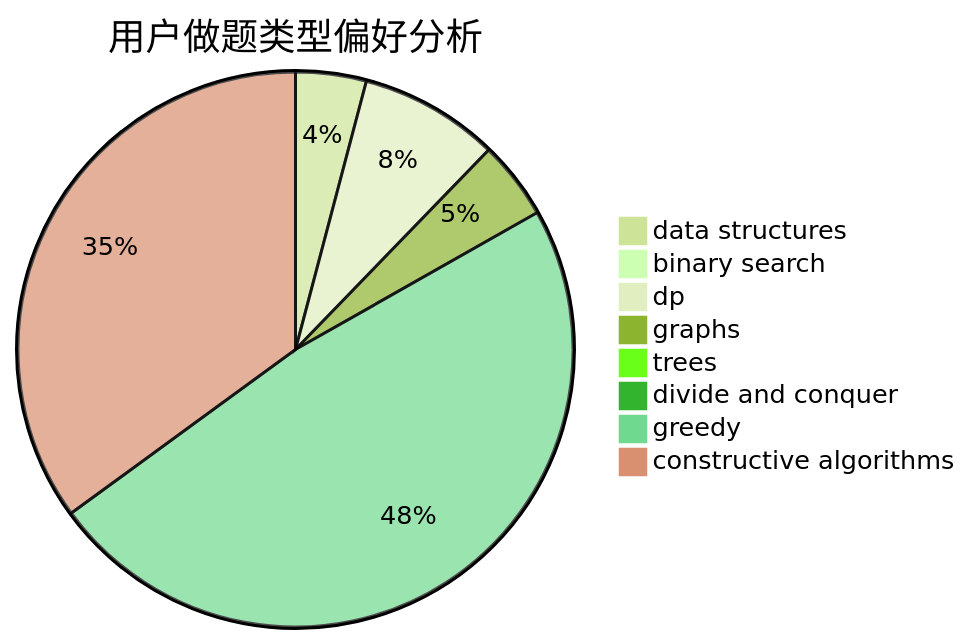
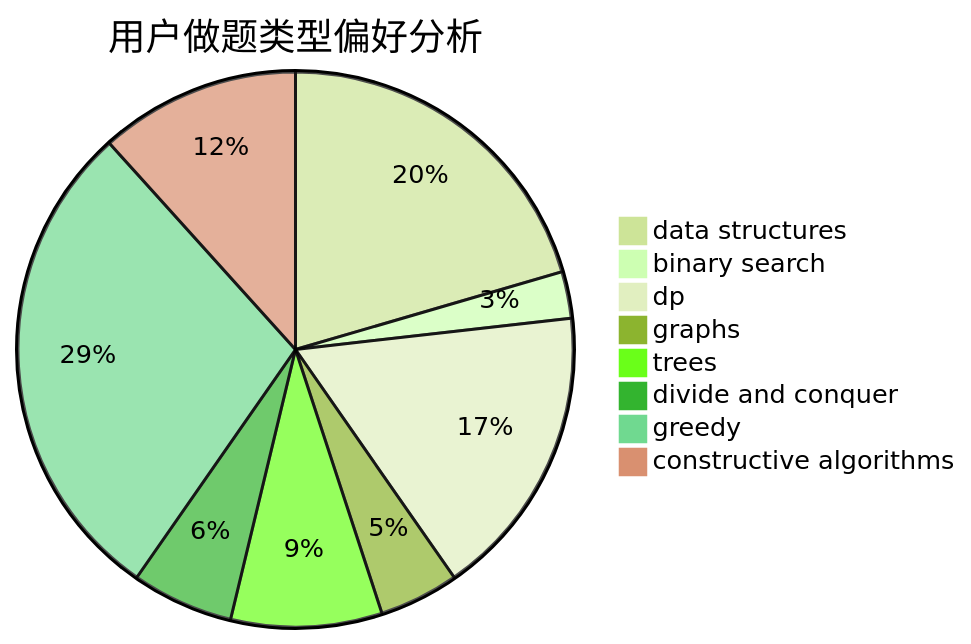
Before and after one commit to sherpahu/cfrs.github.io: the second of 3 diagrams in docs/user/u647.md, drawn with Mermaid (forest theme). The commit also changed other lines of this file and 2770 other files, not shown here.

````diff
--- a/docs/user/u647.md
+++ b/docs/user/u647.md
@@ -23,11 +23,11 @@
 ```mermaid
 pie title 用户做题类型偏好分析
-    "data structures" :  46
-    "binary search" :  6
-    "dp" :  91
-    "graphs" :  51
-    "trees" :  2
-    "divide and conquer" :  0
-    "greedy" :  539
-    "constructive algorithms" :  392
+    "data structures" :  128
+    "binary search" :  17
+    "dp" :  107
+    "graphs" :  29
+    "trees" :  55
+    "divide and conquer" :  37
+    "greedy" :  179
+    "constructive algorithms" :  73
 ```
````
